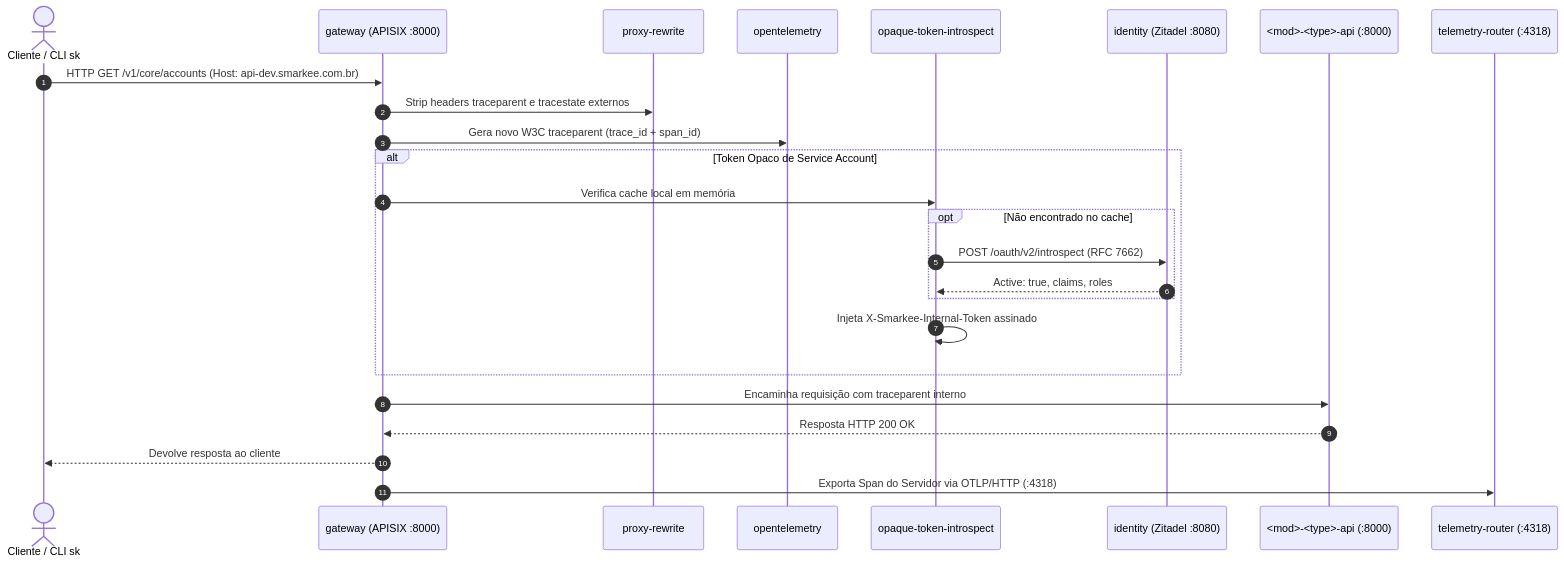
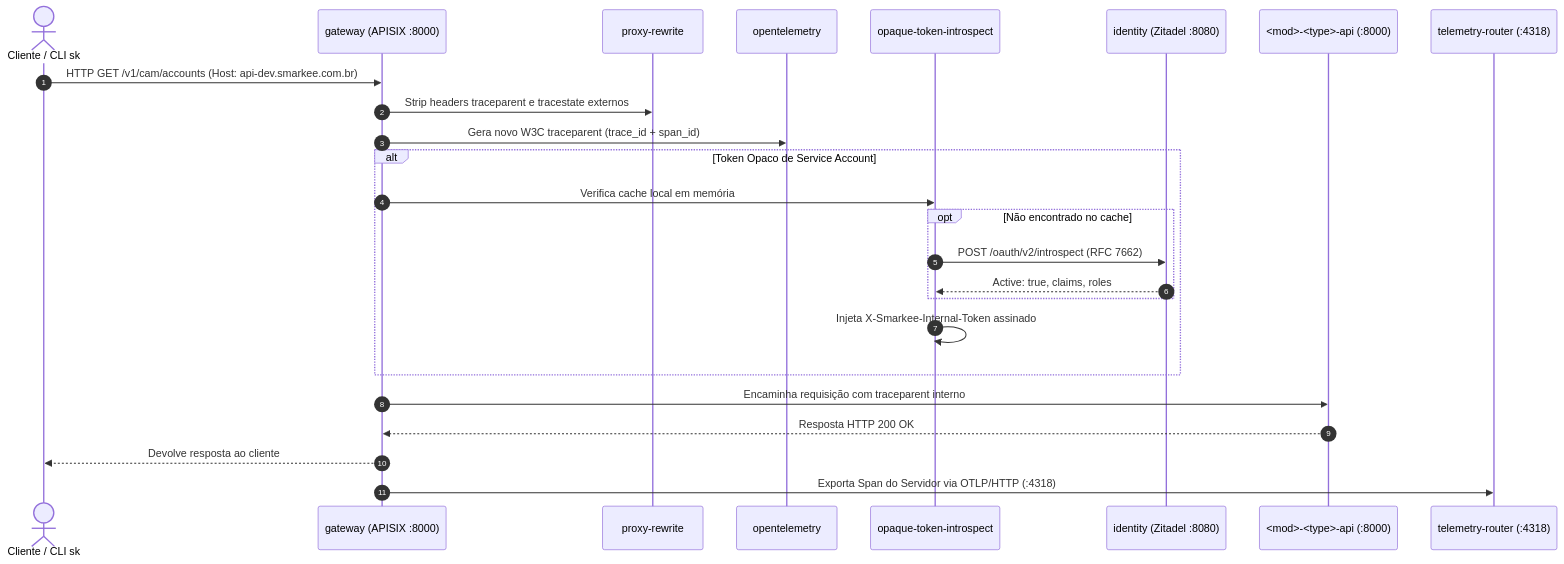
Before and after one commit to danielsabatini/smarkee: the seventh of 9 diagrams in docs/infrastructure/k8s/INFRASTRUCTURE.md, drawn with Mermaid. The commit also changed other lines of this file and 44 other files, not shown here.

````diff
--- a/docs/infrastructure/k8s/INFRASTRUCTURE.md
+++ b/docs/infrastructure/k8s/INFRASTRUCTURE.md
@@ -745,28 +747,28 @@
 ```mermaid
 sequenceDiagram
   autonumber
   actor Client as Cliente / CLI sk
   participant GW as gateway (APISIX :8000)
   participant PluginRewrite as proxy-rewrite
   participant PluginOtel as opentelemetry
   participant PluginIntrospect as opaque-token-introspect
   participant Zitadel as identity (Zitadel :8080)
   participant FeatureAPI as <mod>-<type>-api (:8000)
   participant TRouter as telemetry-router (:4318)
 
-  Client->>GW: HTTP GET /v1/core/accounts (Host: api-dev.smarkee.com.br)
+  Client->>GW: HTTP GET /v1/cam/accounts (Host: api-dev.smarkee.com.br)
   GW->>PluginRewrite: Strip headers traceparent e tracestate externos
   GW->>PluginOtel: Gera novo W3C traceparent (trace_id + span_id)
   alt Token Opaco de Service Account
     GW->>PluginIntrospect: Verifica cache local em memória
     opt Não encontrado no cache
       PluginIntrospect->>Zitadel: POST /oauth/v2/introspect (RFC 7662)
       Zitadel-->>PluginIntrospect: Active: true, claims, roles
     end
     PluginIntrospect->>PluginIntrospect: Injeta X-Smarkee-Internal-Token assinado
   end
   GW->>FeatureAPI: Encaminha requisição com traceparent interno
   FeatureAPI-->>GW: Resposta HTTP 200 OK
   GW-->>Client: Devolve resposta ao cliente
   GW->>TRouter: Exporta Span do Servidor via OTLP/HTTP (:4318)
 ```
````
